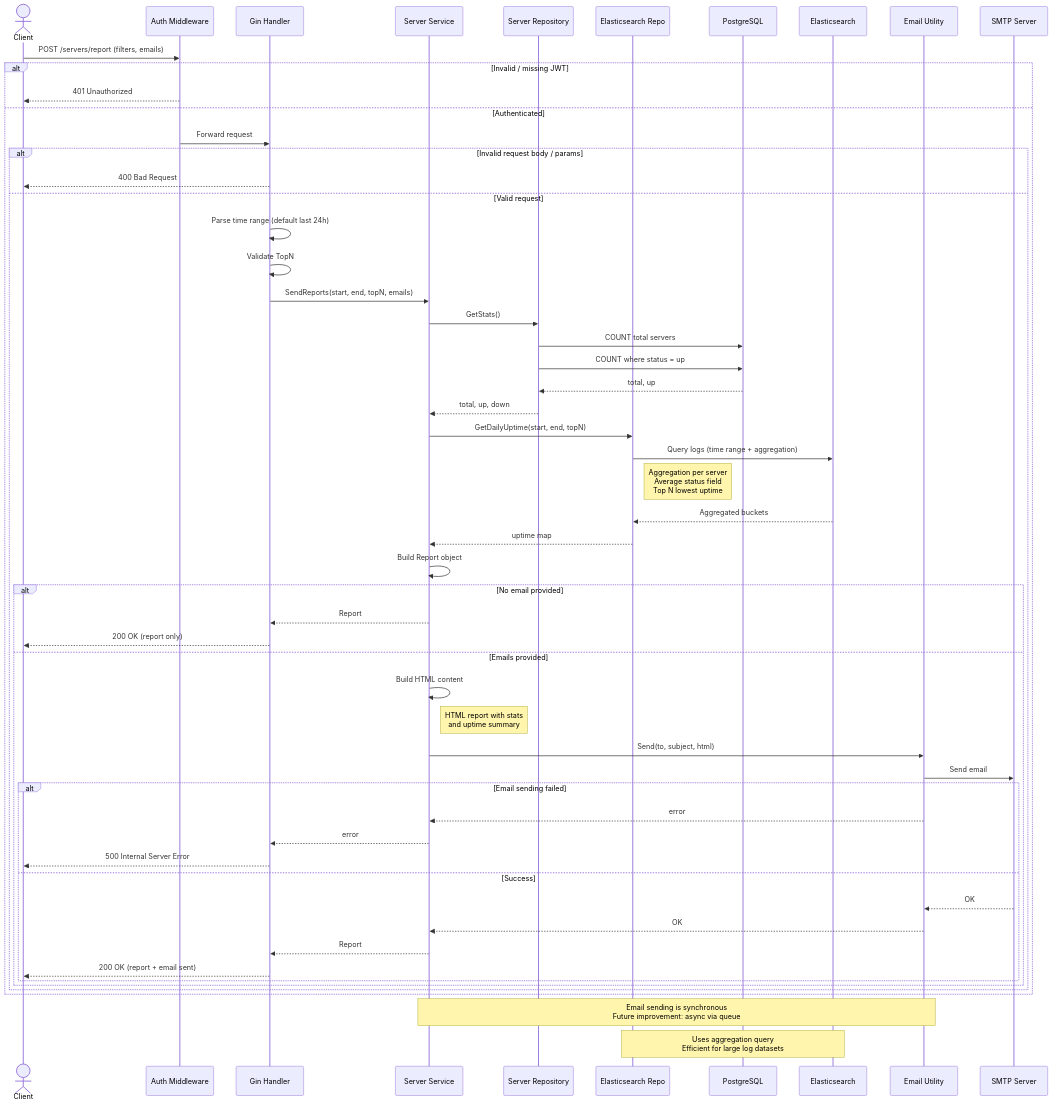
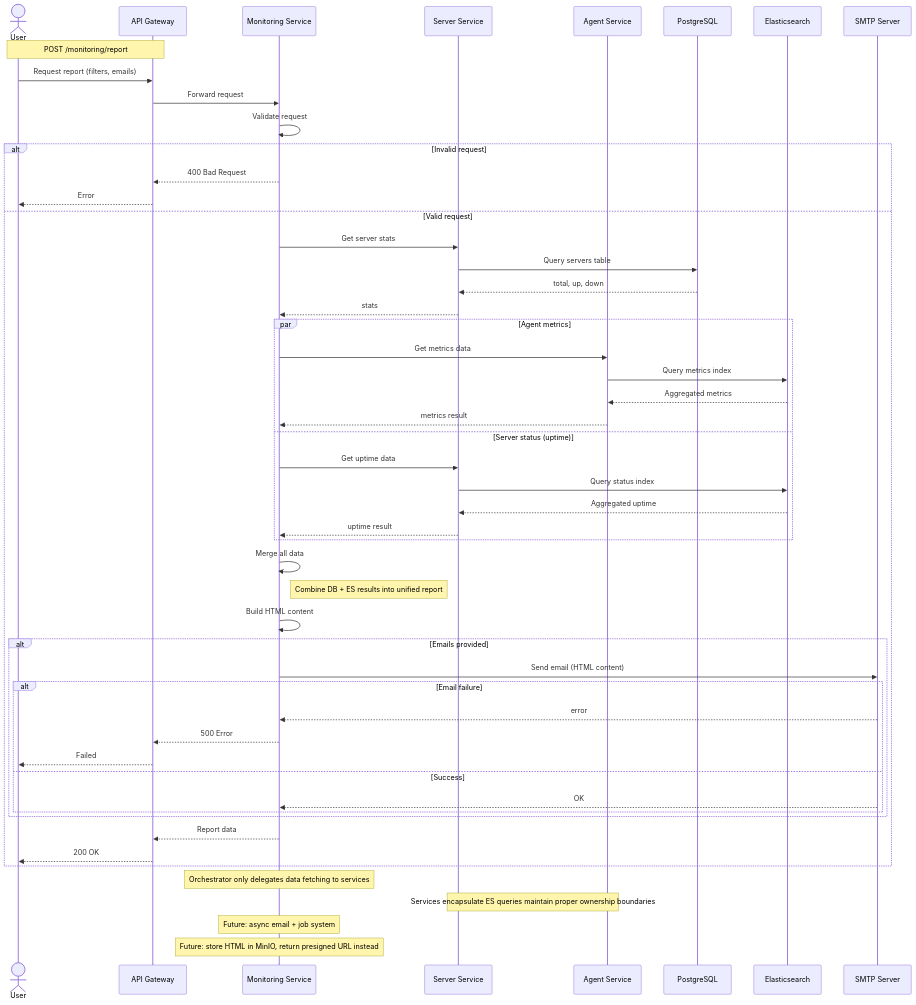
Diagram 11 of 11 in DESIGN.md (HenryNg101/Server-Management-System), drawn with Mermaid before and after one commit. The commit also changed other lines of this file, not shown here.

Commit message:
Update design document for the system

````diff
--- a/DESIGN.md
+++ b/DESIGN.md
@@ -405,95 +662,94 @@
    ```mermaid
    sequenceDiagram
 
-   actor Client
-   participant Middleware as Auth Middleware
-   participant Handler as Gin Handler
-   participant Service as Server Service
-   participant Repo as Server Repository
-   participant ESRepo as Elasticsearch Repo
-   participant DB as PostgreSQL
-   participant ES as Elasticsearch
-   participant Mailer as Email Utility
-   participant SMTP as SMTP Server
+    actor User
+    participant Gateway as API Gateway
+    participant MonitoringSvc as Monitoring Service
+    participant ServerSvc as Server Service
+    participant AgentSvc as Agent Service
+    participant DB as PostgreSQL
+    participant ES as Elasticsearch
+    participant SMTP as SMTP Server
 
-   %% =========================
-   %% REQUEST
-   %% =========================
+    %% =========================
+    %% REQUEST
+    %% =========================
+    Note over User,Gateway: POST /monitoring/report
 
-   Client->>Middleware: POST /servers/report (filters, emails)
+    User->>Gateway: Request report (filters, emails)
+    Gateway->>MonitoringSvc: Forward request
 
-   alt Invalid / missing JWT
-   Middleware-->>Client: 401 Unauthorized
-   else Authenticated
-      Middleware->>Handler: Forward request
+    MonitoringSvc->>MonitoringSvc: Validate request
 
-      alt Invalid request body / params
-         Handler-->>Client: 400 Bad Request
-      else Valid request
+    alt Invalid request
+        MonitoringSvc-->>Gateway: 400 Bad Request
+        Gateway-->>User: Error
+    else Valid request
 
-         Handler->>Handler: Parse time range (default last 24h)
-         Handler->>Handler: Validate TopN
+        %% =========================
+        %% FETCH SERVER METADATA
+        %% =========================
+        MonitoringSvc->>ServerSvc: Get server stats
+        ServerSvc->>DB: Query servers table
+        DB-->>ServerSvc: total, up, down
+        ServerSvc-->>MonitoringSvc: stats
 
-         Handler->>Service: SendReports(start, end, topN, emails)
+        %% =========================
+        %% FETCH METRICS (VIA SERVICES)
+        %% =========================
+        par Agent metrics
+            MonitoringSvc->>AgentSvc: Get metrics data
+            AgentSvc->>ES: Query metrics index
+            ES-->>AgentSvc: Aggregated metrics
+            AgentSvc-->>MonitoringSvc: metrics result
+        and Server status (uptime)
+            MonitoringSvc->>ServerSvc: Get uptime data
+            ServerSvc->>ES: Query status index
+            ES-->>ServerSvc: Aggregated uptime
+            ServerSvc-->>MonitoringSvc: uptime result
+        end
 
-         %% =========================
-         %% POSTGRES STATS
-         %% =========================
-         Service->>Repo: GetStats()
-         Repo->>DB: COUNT total servers
-         Repo->>DB: COUNT where status = up
-         DB-->>Repo: total, up
-         Repo-->>Service: total, up, down
+        %% =========================
+        %% BUILD REPORT
+        %% =========================
+        MonitoringSvc->>MonitoringSvc: Merge all data
 
-         %% =========================
-         %% ELASTICSEARCH AGGREGATION
-         %% =========================
-         Service->>ESRepo: GetDailyUptime(start, end, topN)
+        Note right of MonitoringSvc: Combine DB + ES results into unified report
 
-         ESRepo->>ES: Query logs (time range + aggregation)
+        MonitoringSvc->>MonitoringSvc: Build HTML content
 
-         Note right of ESRepo: Aggregation per server<br>Average status field<br>Top N lowest uptime
+        %% =========================
+        %% EMAIL SIDE EFFECT
+        %% =========================
+        alt Emails provided
 
-         ES-->>ESRepo: Aggregated buckets
-         ESRepo-->>Service: uptime map
+            MonitoringSvc->>SMTP: Send email (HTML content)
 
-         %% =========================
-         %% BUILD REPORT
-         %% =========================
-         Service->>Service: Build Report object
+            alt Email failure
+                SMTP-->>MonitoringSvc: error
+                MonitoringSvc-->>Gateway: 500 Error
+                Gateway-->>User: Failed
+            else Success
+                SMTP-->>MonitoringSvc: OK
+            end
+        end
 
-         alt No email provided
-               Service-->>Handler: Report
-               Handler-->>Client: 200 OK (report only)
+        %% =========================
+        %% RESPONSE
+        %% =========================
+        MonitoringSvc-->>Gateway: Report data
+        Gateway-->>User: 200 OK
 
-         else Emails provided
+    end
 
-               Service->>Service: Build HTML content
+    %% =========================
+    %% NOTES
+    %% =========================
+    Note over MonitoringSvc: Orchestrator only delegates data fetching to services
 
-               Note right of Service: HTML report with stats<br>and uptime summary
+    Note over ServerSvc,AgentSvc: Services encapsulate ES queries maintain proper ownership boundaries
 
-               Service->>Mailer: Send(to, subject, html)
+    Note over MonitoringSvc: Future: async email + job system
 
-               Mailer->>SMTP: Send email
-
-               alt Email sending failed
-                  Mailer-->>Service: error
-                  Service-->>Handler: error
-                  Handler-->>Client: 500 Internal Server Error
-               else Success
-                  SMTP-->>Mailer: OK
-                  Mailer-->>Service: OK
-                  Service-->>Handler: Report
-                  Handler-->>Client: 200 OK (report + email sent)
-               end
-         end
-      end
-   end
-
-   %% =========================
-   %% GLOBAL NOTES
-   %% =========================
-   Note over Service,Mailer: Email sending is synchronous<br>Future improvement: async via queue
-
-   Note over ESRepo,ES: Uses aggregation query<br>Efficient for large log datasets
+    Note over MonitoringSvc: Future: store HTML in MinIO, return presigned URL instead
    ```
````
